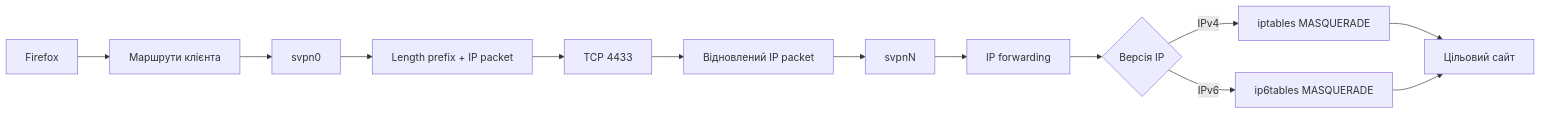
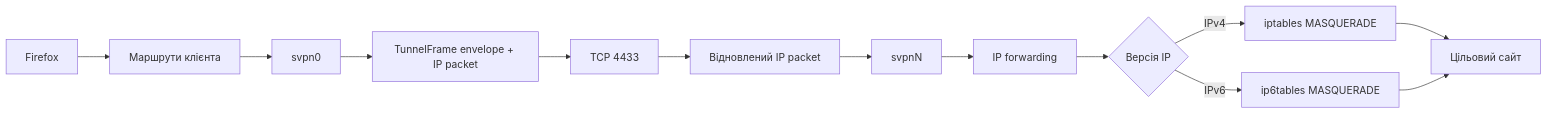
Before and after one commit to podkolzzzin/VPNSample: the fifth of 6 diagrams in ARCHITECTURE.md, drawn with Mermaid. The commit also changed other lines of this file and 28 other files, not shown here.

````diff
--- a/ARCHITECTURE.md
+++ b/ARCHITECTURE.md
@@ -141,15 +161,15 @@
 ```mermaid
 flowchart LR
     Browser[Firefox] --> CRoute[Маршрути клієнта]
     CRoute --> ClientTun[svpn0]
-    ClientTun --> Frame[Length prefix + IP packet]
+    ClientTun --> Frame[TunnelFrame envelope + IP packet]
     Frame --> TCP[TCP 4433]
     TCP --> Unframe[Відновлений IP packet]
     Unframe --> ServerTun[svpnN]
     ServerTun --> Forward[IP forwarding]
     Forward --> Choice{Версія IP}
     Choice -->|IPv4| NAT44[iptables MASQUERADE]
     Choice -->|IPv6| NAT66[ip6tables MASQUERADE]
     NAT44 --> Web[Цільовий сайт]
     NAT66 --> Web
 ```
````
